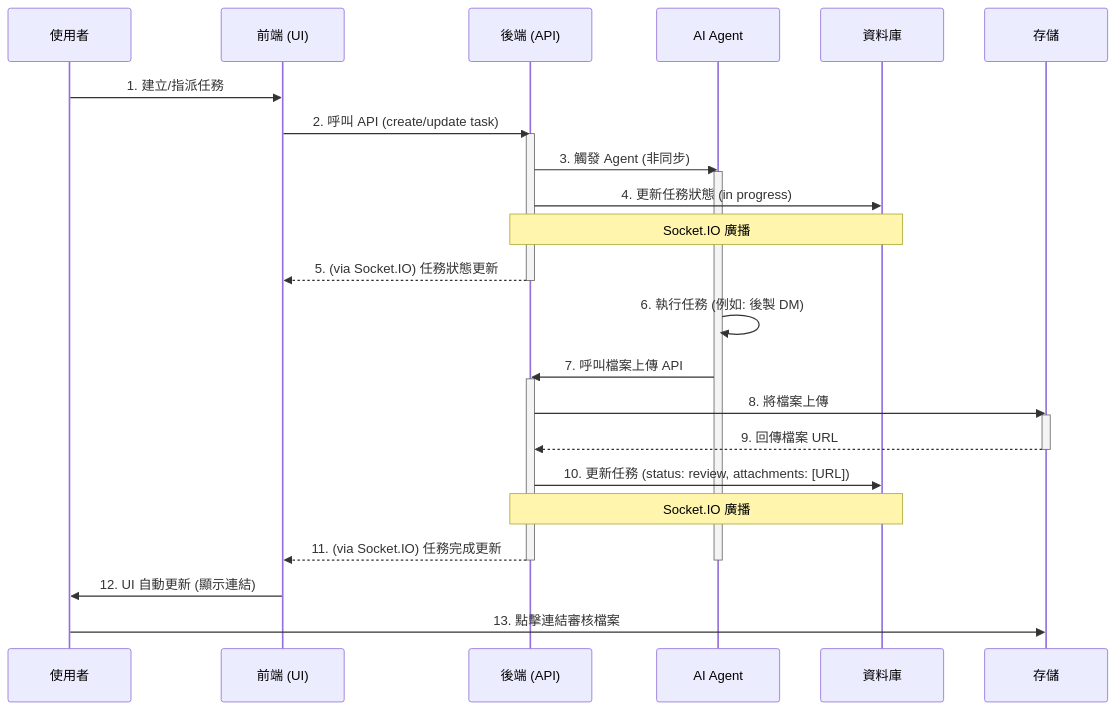
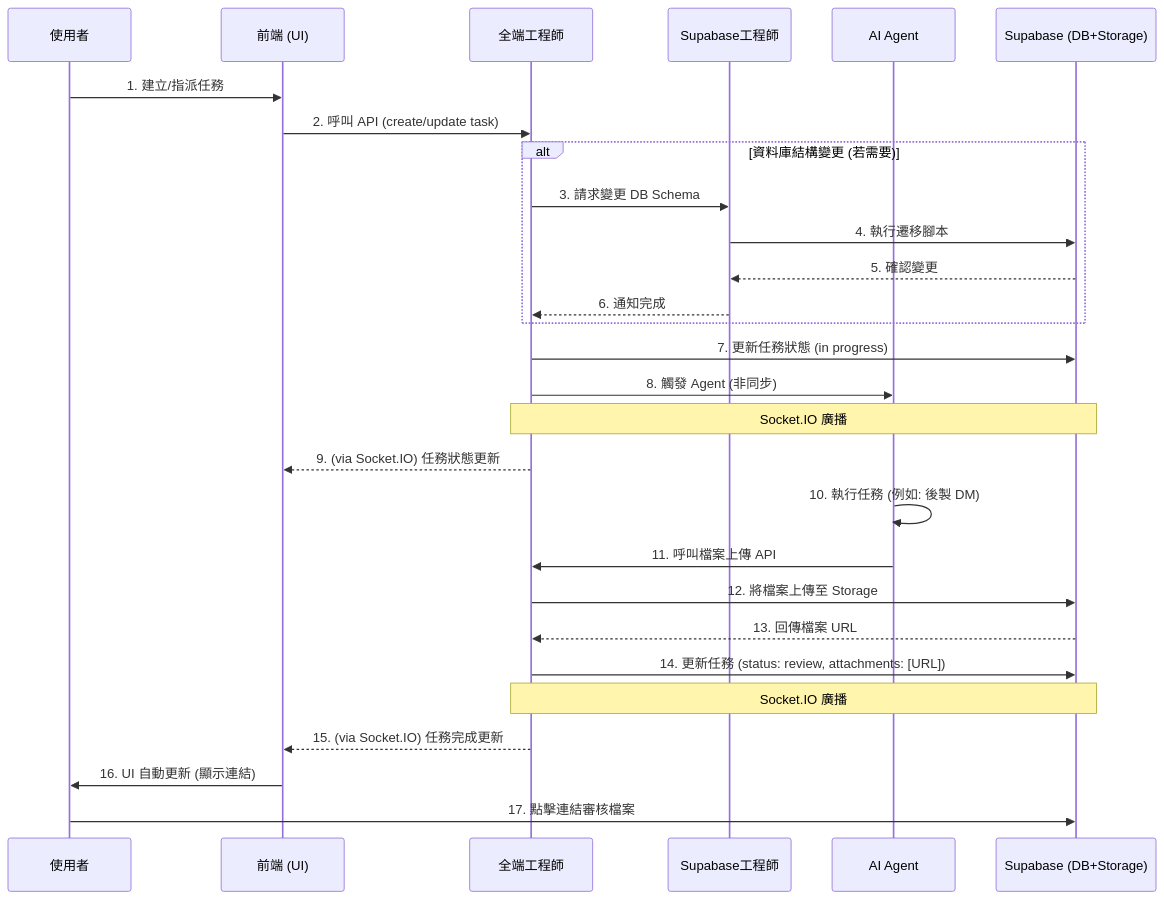
One commit to info-vin/Archon changed the second of 2 diagrams in TODO.md. Above: the diagram before and after it, drawn with Mermaid. The commit also changed other lines of this file and 1 other file, not shown here.

````diff
--- a/TODO.md
+++ b/TODO.md
@@ -93,43 +97,39 @@
 ```mermaid
 sequenceDiagram
     participant User as 使用者
     participant Frontend as 前端 (UI)
-    participant Backend as 後端 (API)
+    participant FullStack_Dev as 全端工程師
+    participant Supabase_Admin as Supabase工程師
     participant AI_Agent as AI Agent
-    participant Supabase_DB as 資料庫
-    participant Supabase_Storage as 存儲
+    participant Supabase as Supabase (DB+Storage)
 
     User->>Frontend: 1. 建立/指派任務
-    Frontend->>Backend: 2. 呼叫 API (create/update task)
-    activate Backend
+    Frontend->>FullStack_Dev: 2. 呼叫 API (create/update task)
+    
+    alt 資料庫結構變更 (若需要)
+        FullStack_Dev->>Supabase_Admin: 3. 請求變更 DB Schema
+        Supabase_Admin->>Supabase: 4. 執行遷移腳本
+        Supabase-->>Supabase_Admin: 5. 確認變更
+        Supabase_Admin-->>FullStack_Dev: 6. 通知完成
+    end
 
-    Backend->>AI_Agent: 3. 觸發 Agent (非同步)
-    activate AI_Agent
-    Backend->>Supabase_DB: 4. 更新任務狀態 (in progress)
+    FullStack_Dev->>Supabase: 7. 更新任務狀態 (in progress)
+    FullStack_Dev->>AI_Agent: 8. 觸發 Agent (非同步)
     
-    Note over Backend, Supabase_DB: Socket.IO 廣播
-    Backend-->>Frontend: 5. (via Socket.IO) 任務狀態更新
-    deactivate Backend
+    Note over FullStack_Dev, Supabase: Socket.IO 廣播
+    FullStack_Dev-->>Frontend: 9. (via Socket.IO) 任務狀態更新
 
-    AI_Agent->>AI_Agent: 6. 執行任務 (例如: 後製 DM)
+    AI_Agent->>AI_Agent: 10. 執行任務 (例如: 後製 DM)
+    AI_Agent->>FullStack_Dev: 11. 呼叫檔案上傳 API
     
-    AI_Agent->>Backend: 7. 呼叫檔案上傳 API
-    activate Backend
+    FullStack_Dev->>Supabase: 12. 將檔案上傳至 Storage
+    Supabase-->>FullStack_Dev: 13. 回傳檔案 URL
 
-    Backend->>Supabase_Storage: 8. 將檔案上傳
-    activate Supabase_Storage
-    Supabase_Storage-->>Backend: 9. 回傳檔案 URL
-    deactivate Supabase_Storage
+    FullStack_Dev->>Supabase: 14. 更新任務 (status: review, attachments: [URL])
+    
+    Note over FullStack_Dev, Supabase: Socket.IO 廣播
+    FullStack_Dev-->>Frontend: 15. (via Socket.IO) 任務完成更新
 
-    Backend->>Supabase_DB: 10. 更新任務 (status: review, attachments: [URL])
-    
-    Note over Backend, Supabase_DB: Socket.IO 廣播
-    Backend-->>Frontend: 11. (via Socket.IO) 任務完成更新
-    deactivate Backend
-    deactivate AI_Agent
-
-    Frontend->>User: 12. UI 自動更新 (顯示連結)
-
-    User->>Supabase_Storage: 13. 點擊連結審核檔案
-
+    Frontend->>User: 16. UI 自動更新 (顯示連結)
+    User->>Supabase: 17. 點擊連結審核檔案
 ```
````
